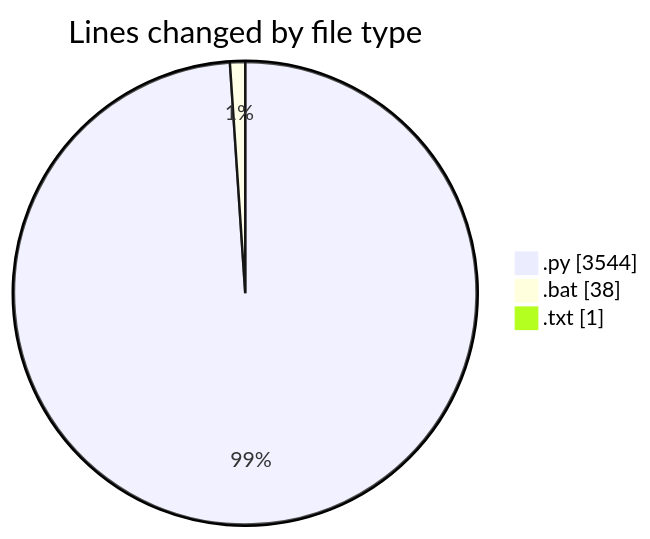
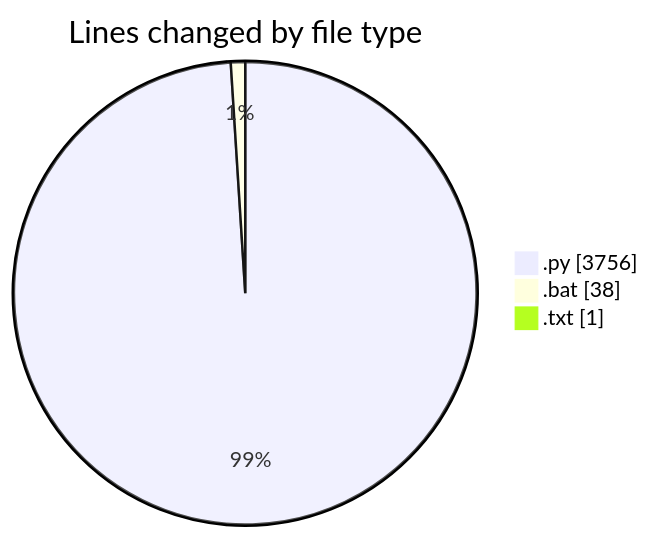
One commit to lephambinh05/code-tracking changed the first of 2 diagrams in 2025-07-21/reg/README.md. Above: the diagram before and after it, drawn with Mermaid. The commit also changed other lines of this file and 1 other file, not shown here.

````diff
--- a/2025-07-21/reg/README.md
+++ b/2025-07-21/reg/README.md
@@ -34,7 +35,7 @@
 ```mermaid
 pie showData
 title Lines changed by file type
-".py" : 3544
+".py" : 3756
 ".bat" : 38
 ".txt" : 1
 ```
````
